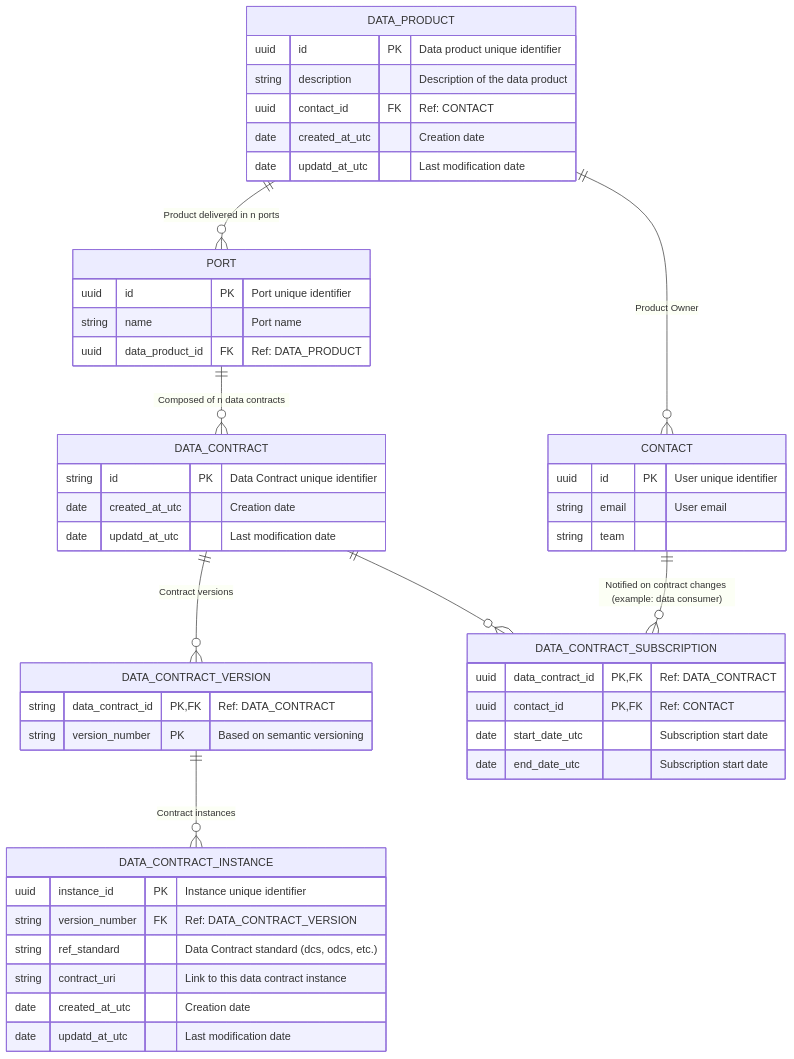
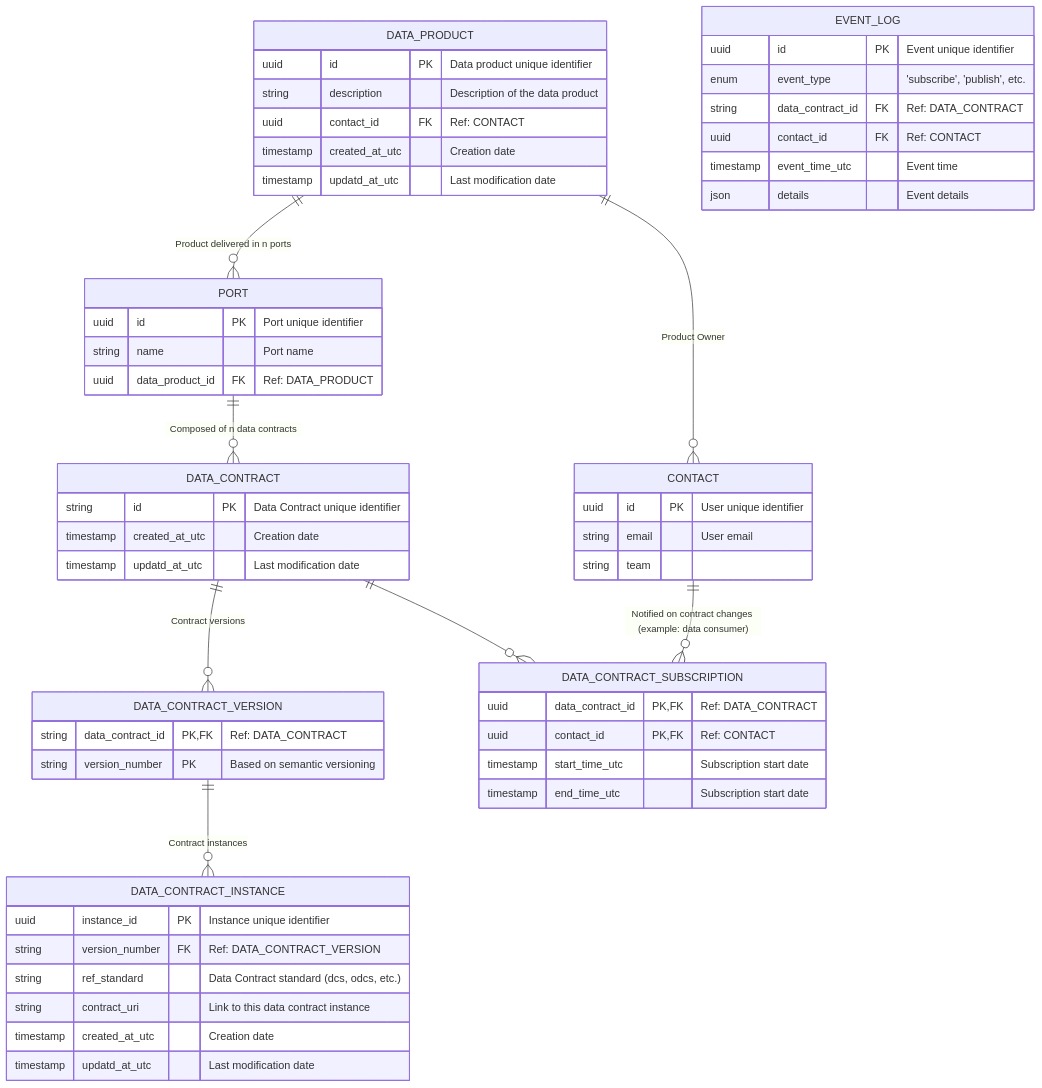
The diagram in docs/relational_model.md (monmaya/base-impl), drawn with Mermaid before and after one commit.

````diff
--- a/docs/relational_model.md
+++ b/docs/relational_model.md
@@ -5,61 +5,70 @@
 ```mermaid
 
 erDiagram
 
     DATA_PRODUCT {
         uuid id PK "Data product unique identifier"
         string description "Description of the data product"
         uuid contact_id FK "Ref: CONTACT"
-        date created_at_utc "Creation date"
-        date updatd_at_utc "Last modification date"
+        timestamp created_at_utc "Creation date"
+        timestamp updatd_at_utc "Last modification date"
     }
 
     PORT {
         uuid id PK "Port unique identifier"
         string name "Port name"
         uuid data_product_id FK "Ref: DATA_PRODUCT"
     }
 
     DATA_CONTRACT {
         string id PK "Data Contract unique identifier"
-        date created_at_utc "Creation date"
-        date updatd_at_utc "Last modification date"
+        timestamp created_at_utc "Creation date"
+        timestamp updatd_at_utc "Last modification date"
     }
 
     DATA_CONTRACT_VERSION {
         string data_contract_id PK, FK "Ref: DATA_CONTRACT"
         string version_number PK "Based on semantic versioning"
     }
 
     DATA_CONTRACT_INSTANCE {
         uuid instance_id PK "Instance unique identifier"
         string version_number FK "Ref: DATA_CONTRACT_VERSION"
         string ref_standard "Data Contract standard (dcs, odcs, etc.)"
         string contract_uri "Link to this data contract instance"
-        date created_at_utc "Creation date"
-        date updatd_at_utc "Last modification date"
+        timestamp created_at_utc "Creation date"
+        timestamp updatd_at_utc "Last modification date"
     }
     
     DATA_CONTRACT_SUBSCRIPTION {
         uuid data_contract_id PK, FK "Ref: DATA_CONTRACT"
         uuid contact_id PK, FK "Ref: CONTACT"
-        date start_date_utc "Subscription start date"
-        date end_date_utc "Subscription start date"
+        timestamp start_time_utc "Subscription start date"
+        timestamp end_time_utc "Subscription start date"
     }
 
     CONTACT {
         uuid id PK "User unique identifier"
         string email "User email"
         string team
+    }
+
+    EVENT_LOG {
+        uuid id PK "Event unique identifier"
+        enum event_type "'subscribe', 'publish', etc."
+        string data_contract_id FK "Ref: DATA_CONTRACT"
+        uuid contact_id FK "Ref: CONTACT"
+        timestamp event_time_utc "Event time"
+        json details "Event details"
     }
 
     DATA_PRODUCT ||--o{ PORT : "Product delivered in n ports"
     DATA_PRODUCT ||--o{ CONTACT : "Product Owner"
     PORT ||--o{ DATA_CONTRACT : "Composed of n data contracts"
     DATA_CONTRACT ||--o{ DATA_CONTRACT_VERSION : "Contract versions"
     DATA_CONTRACT_VERSION ||--o{ DATA_CONTRACT_INSTANCE : "Contract instances"
     DATA_CONTRACT ||--o{ DATA_CONTRACT_SUBSCRIPTION : ""
     CONTACT ||--o{ DATA_CONTRACT_SUBSCRIPTION : "Notified on contract changes (example: data consumer)"
 
 
   ```
````
